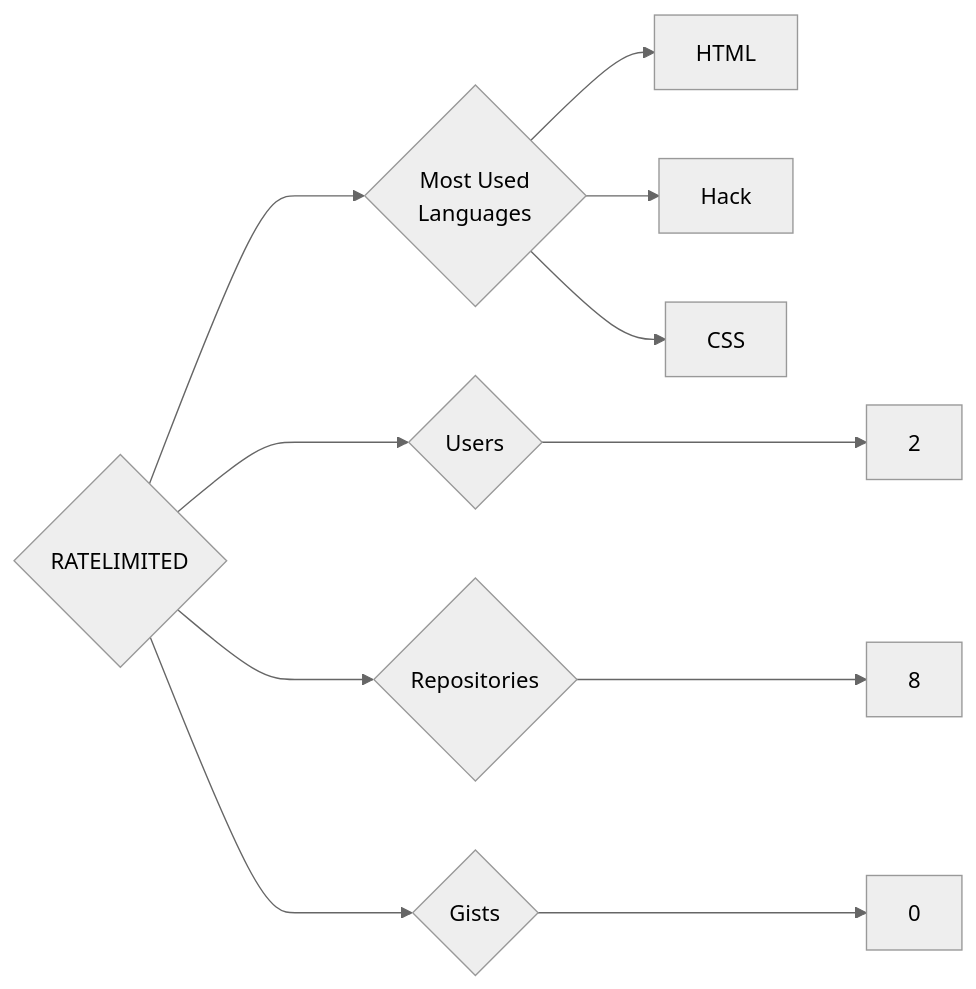
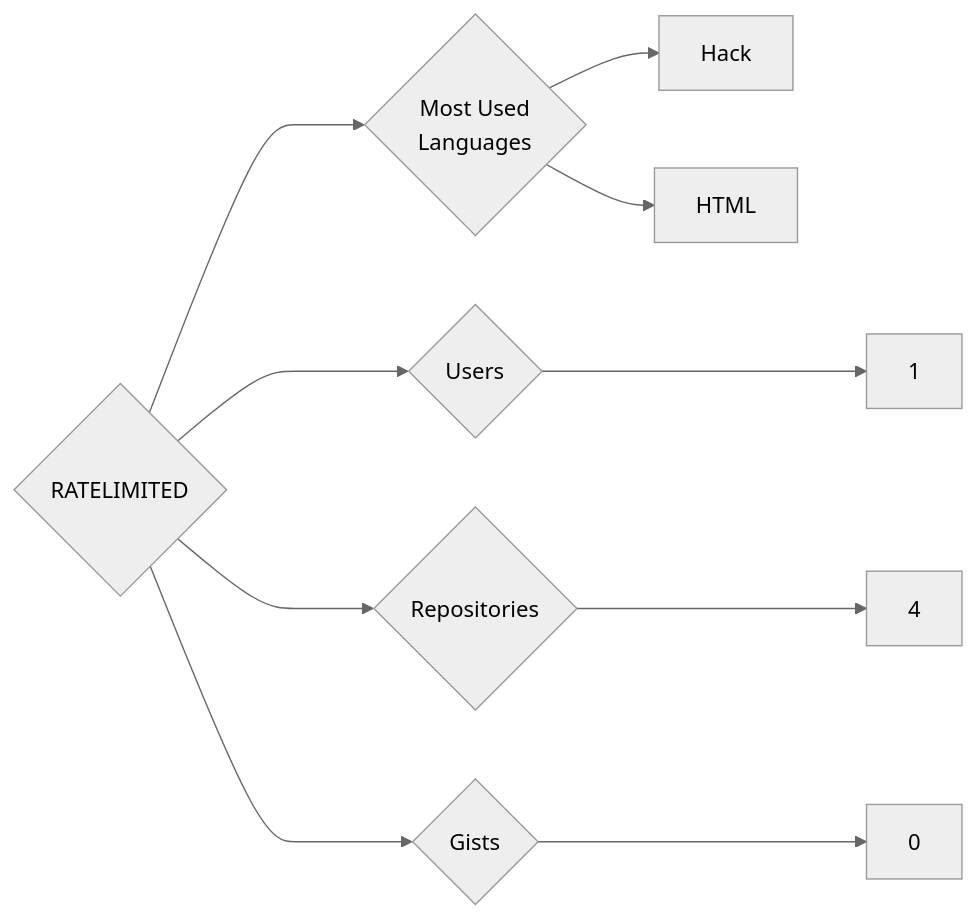
One commit to trickest/insiders changed the diagram in targets/RATELIMITED/README.md. Above: the diagram before and after it, drawn with Mermaid (neutral theme). The commit also changed 1496 other files, not shown here.

````diff
--- a/targets/RATELIMITED/README.md
+++ b/targets/RATELIMITED/README.md
@@ -3,11 +3,10 @@
 ```mermaid
 graph LR
 COMPANY_NAME{RATELIMITED}
-COMPANY_NAME ---> U{Users} ---> UN[2]
-COMPANY_NAME ---> R{Repositories} ---> RN[8]
+COMPANY_NAME ---> U{Users} ---> UN[1]
+COMPANY_NAME ---> R{Repositories} ---> RN[4]
 COMPANY_NAME ---> G{Gists} ---> GN[0]
 COMPANY_NAME ---> ML{Most Used<br>Languages}
+ML --> Hack[Hack]
 ML --> HTML[HTML]
-ML --> Hack[Hack]
-ML --> CSS[CSS]
 ```
````
